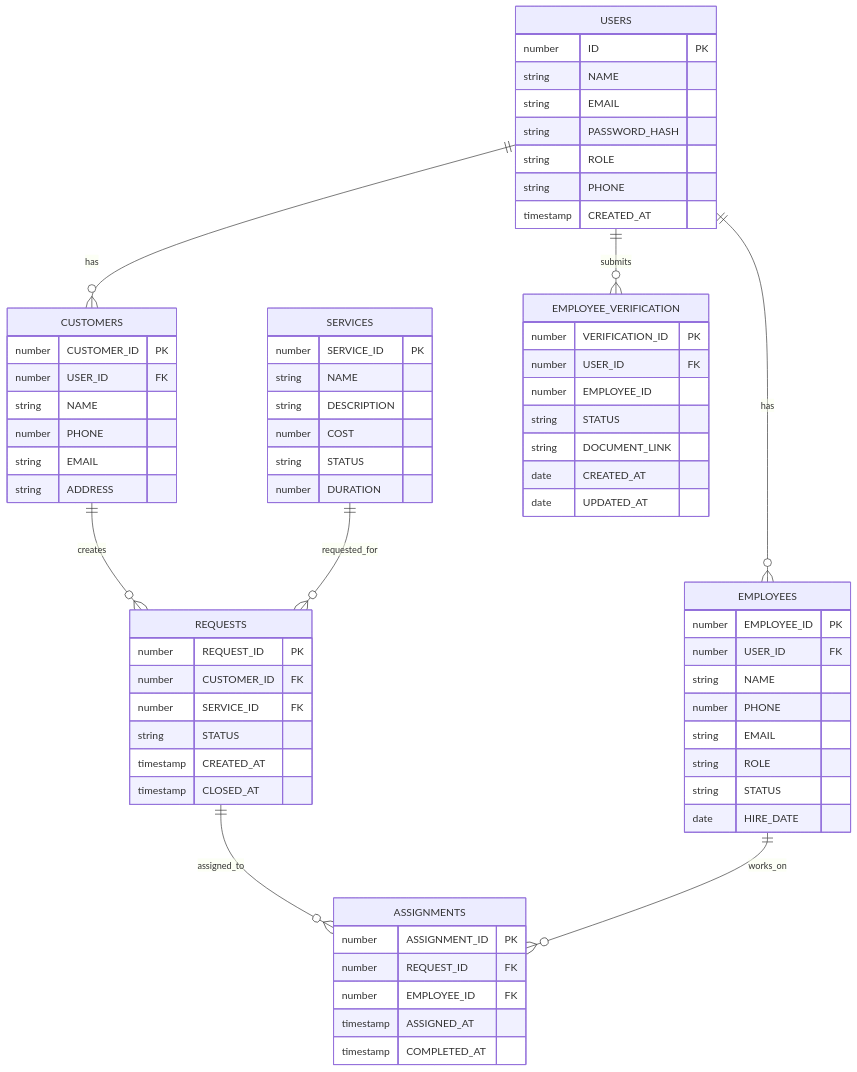
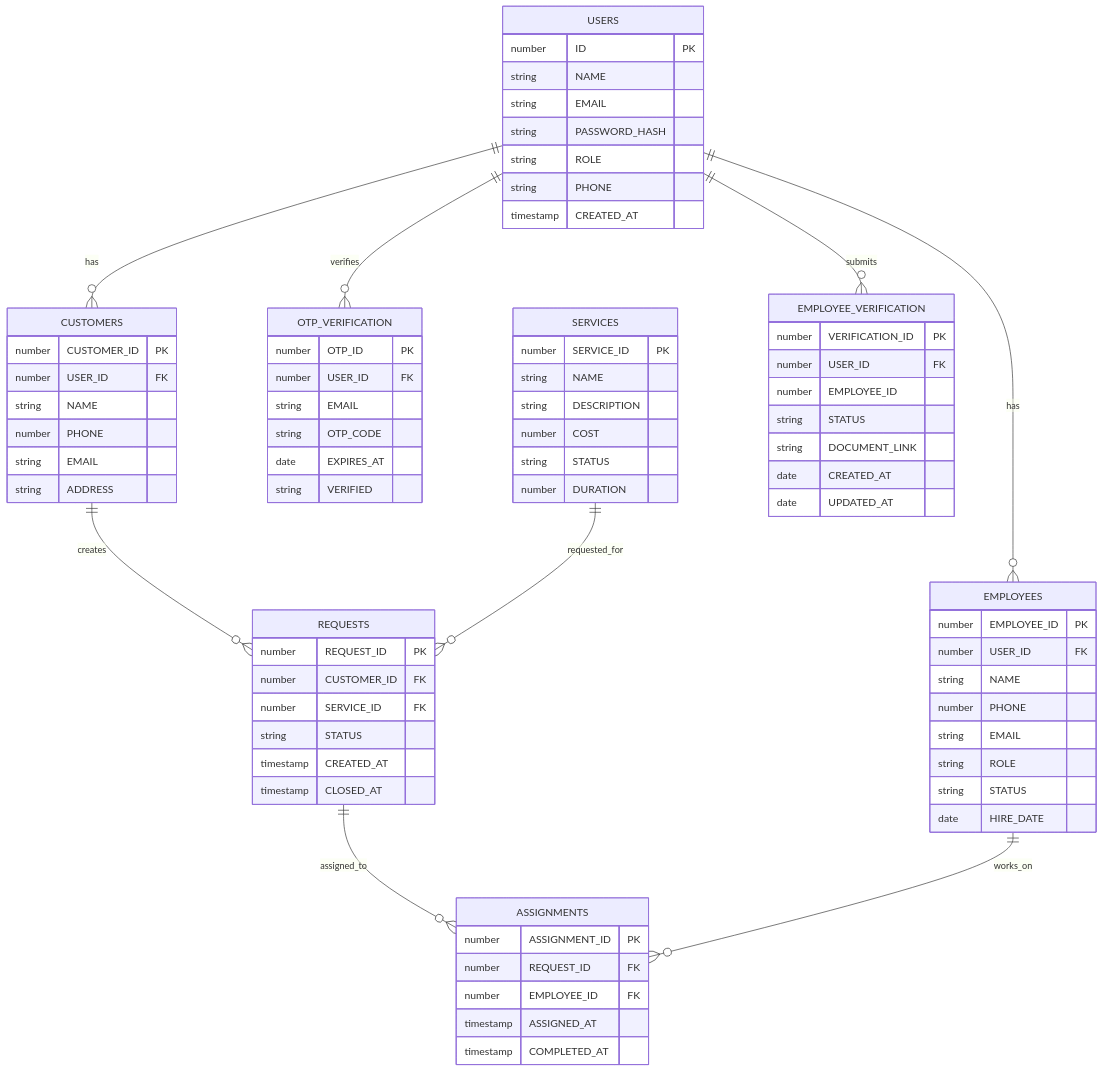
Before and after one commit to PranavNagaraji/TaskOps: the diagram in README.md, drawn with Mermaid.

Commit message:
Fixed Readme file

````diff
--- a/README.md
+++ b/README.md
@@ -178,70 +178,79 @@
 ```mermaid
 erDiagram
   USERS ||--o{ CUSTOMERS : has
   USERS ||--o{ EMPLOYEES : has
+  USERS ||--o{ OTP_VERIFICATION : verifies
   CUSTOMERS ||--o{ REQUESTS : creates
   SERVICES ||--o{ REQUESTS : requested_for
   REQUESTS ||--o{ ASSIGNMENTS : assigned_to
   EMPLOYEES ||--o{ ASSIGNMENTS : works_on
   USERS ||--o{ EMPLOYEE_VERIFICATION : submits
 
   USERS {
     number ID PK
     string NAME
     string EMAIL
     string PASSWORD_HASH
     string ROLE
     string PHONE
     timestamp CREATED_AT
   }
   CUSTOMERS {
     number CUSTOMER_ID PK
     number USER_ID FK
     string NAME
     number PHONE
     string EMAIL
     string ADDRESS
   }
   EMPLOYEES {
     number EMPLOYEE_ID PK
     number USER_ID FK
     string NAME
     number PHONE
     string EMAIL
     string ROLE
     string STATUS
     date HIRE_DATE
   }
   SERVICES {
     number SERVICE_ID PK
     string NAME
     string DESCRIPTION
     number COST
     string STATUS
     number DURATION
   }
   REQUESTS {
     number REQUEST_ID PK
     number CUSTOMER_ID FK
     number SERVICE_ID FK
     string STATUS
     timestamp CREATED_AT
     timestamp CLOSED_AT
   }
   ASSIGNMENTS {
     number ASSIGNMENT_ID PK
     number REQUEST_ID FK
     number EMPLOYEE_ID FK
     timestamp ASSIGNED_AT
     timestamp COMPLETED_AT
   }
   EMPLOYEE_VERIFICATION {
     number VERIFICATION_ID PK
     number USER_ID FK
     number EMPLOYEE_ID
     string STATUS
     string DOCUMENT_LINK
     date CREATED_AT
     date UPDATED_AT
   }
+  OTP_VERIFICATION {
+    number OTP_ID PK
+    number USER_ID FK
+    string EMAIL
+    string OTP_CODE
+    date EXPIRES_AT
+    string VERIFIED
+  }
 ```
````
